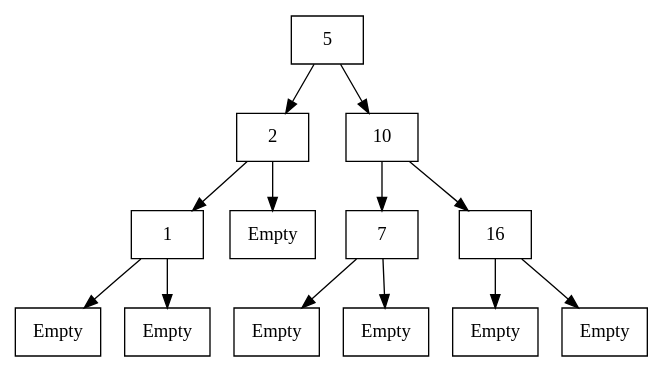
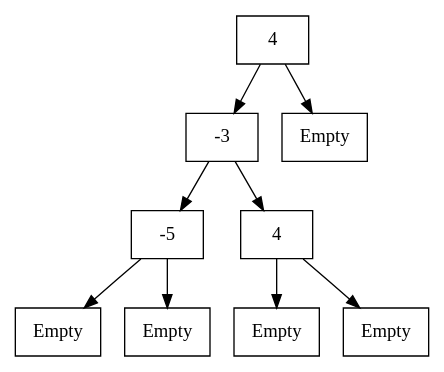
One commit to 152Sonic/CP changed the diagram in _.dot. Above: the diagram before and after it, drawn with Graphviz. The commit also changed 2 other files, not shown here.

```diff
--- a/_.dot
+++ b/_.dot
@@ -1,29 +1,21 @@
 digraph G {
     /* edge [label=0]; */
     graph [ranksep=0.5];
-    0 [shape=record, label="{{5}}"];
-    8 [shape=record, label="{{2}}"];
-    10 [shape=record, label="{{1}}"];
-    12 [shape=record, label="{{Empty}}"];
-    11 [shape=record, label="{{Empty}}"];
-    9 [shape=record, label="{{Empty}}"];
-    1 [shape=record, label="{{10}}"];
-    5 [shape=record, label="{{7}}"];
+    0 [shape=record, label="{{4}}"];
+    2 [shape=record, label="{{-3}}"];
+    6 [shape=record, label="{{-5}}"];
+    8 [shape=record, label="{{Empty}}"];
     7 [shape=record, label="{{Empty}}"];
-    6 [shape=record, label="{{Empty}}"];
-    2 [shape=record, label="{{16}}"];
+    3 [shape=record, label="{{4}}"];
+    5 [shape=record, label="{{Empty}}"];
     4 [shape=record, label="{{Empty}}"];
-    3 [shape=record, label="{{Empty}}"];
-    10 -> 12;
-    10 -> 11;
-    8 -> 10;
-    8 -> 9;
-    5 -> 7;
-    5 -> 6;
-    2 -> 4;
+    1 [shape=record, label="{{Empty}}"];
+    6 -> 8;
+    6 -> 7;
+    3 -> 5;
+    3 -> 4;
+    2 -> 6;
     2 -> 3;
-    1 -> 5;
-    1 -> 2;
-    0 -> 8;
+    0 -> 2;
     0 -> 1;
 }
```
